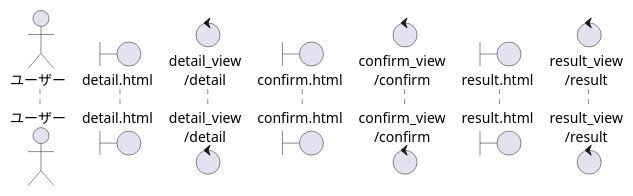
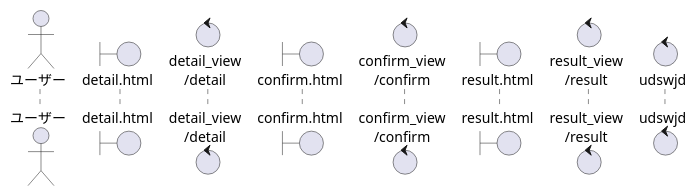
Before and after one commit to RK0309-art/gith_full_course: the seventh of 14 diagrams in シーケンス図_書籍検索システム_django.puml, drawn with PlantUML.

Commit message:
ためしに

```diff
--- a/シーケンス図_書籍検索システム_django.puml
+++ b/シーケンス図_書籍検索システム_django.puml
@@ -112,12 +112,12 @@
 @startuml 書籍を削除する
 
 actor ユーザー as U
 boundary "detail.html" as DH
 control "detail_view\n/detail" as DV
 boundary "confirm.html" as CH
 control "confirm_view\n/confirm" as CV
 boundary "result.html" as RH
 control "result_view\n/result" as RV
-
+control "udswjd"
 
 @enduml
```
